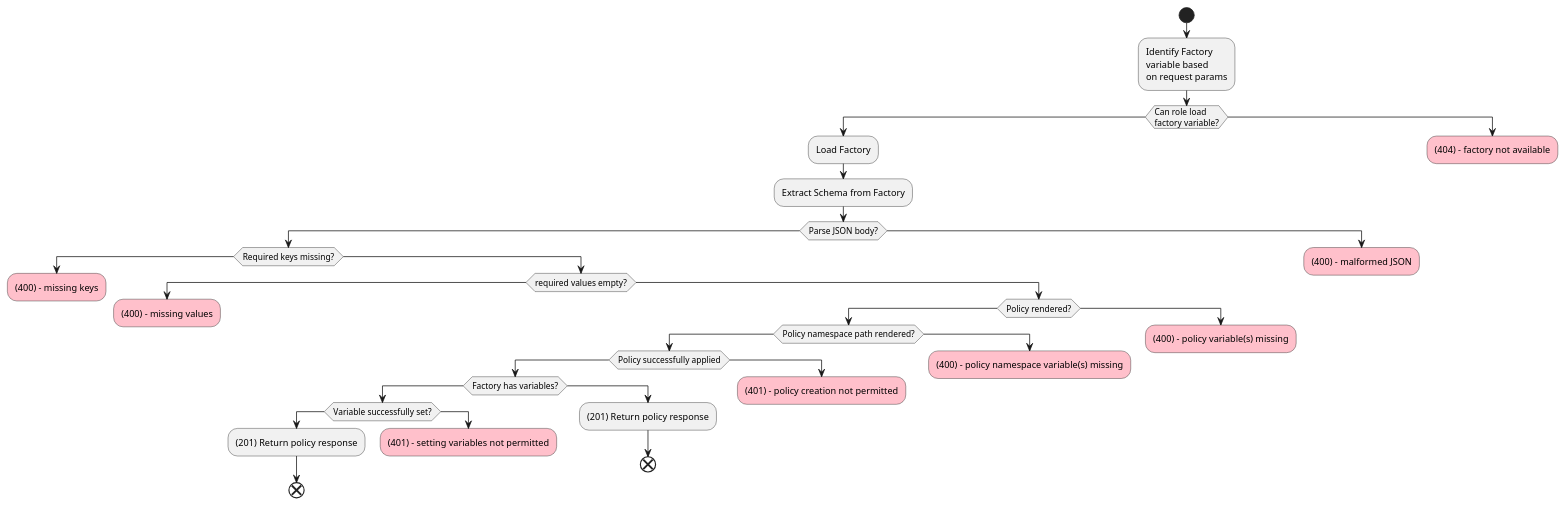
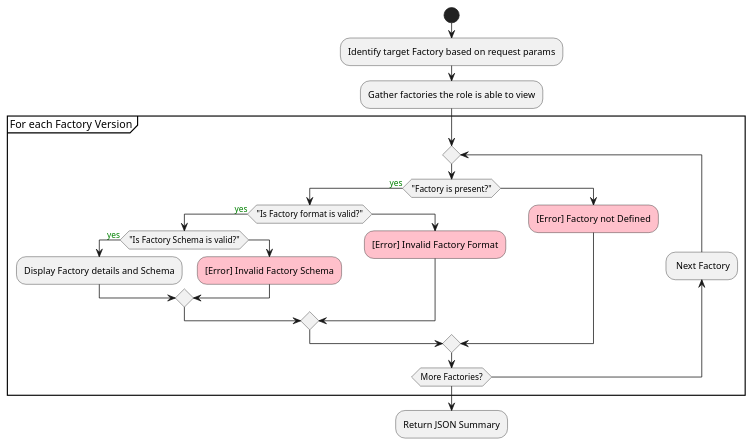
One commit to cyberark/conjur changed the third of 6 diagrams in app/domain/factory/Readme.md. Above: the diagram before and after it, drawn with PlantUML. The commit also changed other lines of this file and 14 other files, not shown here.

````diff
--- a/app/domain/factory/Readme.md
+++ b/app/domain/factory/Readme.md
@@ -5,55 +50,26 @@
 ```plantuml
-@startuml
+@startuml factory-list-request
 start
-:Identify Factory\nvariable based\non request params;
-if (Can role load\nfactory variable?) then
-  :Load Factory;
-  :Extract Schema from Factory;
-  if (Parse JSON body?) then
-    if (Required keys missing?) then
-      #pink:(400) - missing keys;
-      kill
+:Identify target Factory based on request params;
+:Gather factories the role is able to view;
+partition "For each Factory Version" {
+  repeat
+    if ("Factory is present?") then (<color:green>yes)
+      if ("Is Factory format is valid?") then (<color:green>yes)
+        if ("Is Factory Schema is valid?") then (<color:green>yes)
+          :Display Factory details and Schema;
+        else
+          #pink:[Error] Invalid Factory Schema;
+        endif
+      else
+        #pink:[Error] Invalid Factory Format;
+      endif
     else
-      if (required values empty?) then
-        #pink:(400) - missing values;
-        kill
-      else
-        if (Policy rendered?) then
-          if (Policy namespace path rendered?) then
-            if (Policy successfully applied) then
-              if (Factory has variables?) then
-                if (Variable successfully set?) then
-                  :(201) Return policy response;
-                  end
-                else
-                  #pink:(401) - setting variables not permitted;
-                  kill
-                endif
-              else
-                :(201) Return policy response;
-                end
-              endif
-            else
-              #pink:(401) - policy creation not permitted;
-              kill
-            endif
-          else
-            #pink:(400) - policy namespace variable(s) missing;
-            kill
-          endif
-        else
-          #pink:(400) - policy variable(s) missing;
-          kill
-        endif
-      endif
+      #pink:[Error] Factory not Defined;
     endif
-  else
-    #pink:(400) - malformed JSON;
-    kill
-  endif
-else
-  #pink:(404) - factory not available;
-  kill
-endif
+  backward: Next Factory;
+  repeat while (More Factories?)
+}
+:Return JSON Summary;
 @enduml
 ```
````
